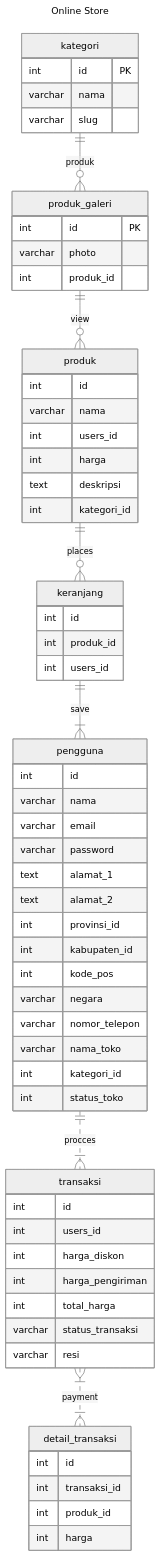
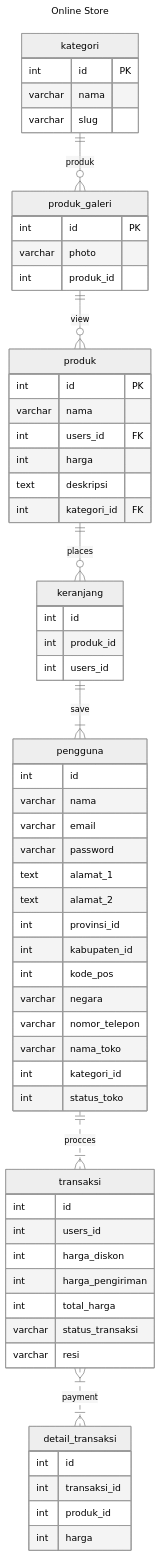
One commit to sugazq/jobInterview changed the first of 2 diagrams in job-interview-answers.md. Above: the diagram before and after it, drawn with Mermaid (neutral theme).

````diff
--- a/job-interview-answers.md
+++ b/job-interview-answers.md
@@ -58,56 +58,56 @@
 ```mermaid
 ---
 title: Online Store
 ---
 erDiagram
     kategori ||--o{ produk_galeri : produk kategori {
         int id PK
         varchar nama
         varchar slug
 } produk_galeri ||--o{ produk : view produk_galeri {
         int id PK
         varchar photo
         int produk_id
 } produk ||--o{ keranjang : places produk {
-        int id
+        int id PK
         varchar nama
-        int users_id
+        int users_id FK
         int harga
         text deskripsi
-        int kategori_id
+        int kategori_id FK
 } keranjang ||--|{ pengguna : save keranjang {
         int id
         int produk_id
         int users_id
 } pengguna ||..|{ transaksi : procces pengguna {
         int id
         varchar nama
         varchar email
         varchar password
         text alamat_1
         text alamat_2
         int provinsi_id
         int kabupaten_id
         int kode_pos
         varchar negara
         varchar nomor_telepon
         varchar nama_toko
         int kategori_id
         int status_toko
 } transaksi }|..|{ detail_transaksi : payment transaksi {
         int id
         int users_id
         int harga_diskon
         int harga_pengiriman
         int total_harga
         varchar status_transaksi
         varchar resi
 } detail_transaksi {
         int id
         int transaksi_id
         int produk_id
         int harga
 }
 
     
 ```
````
